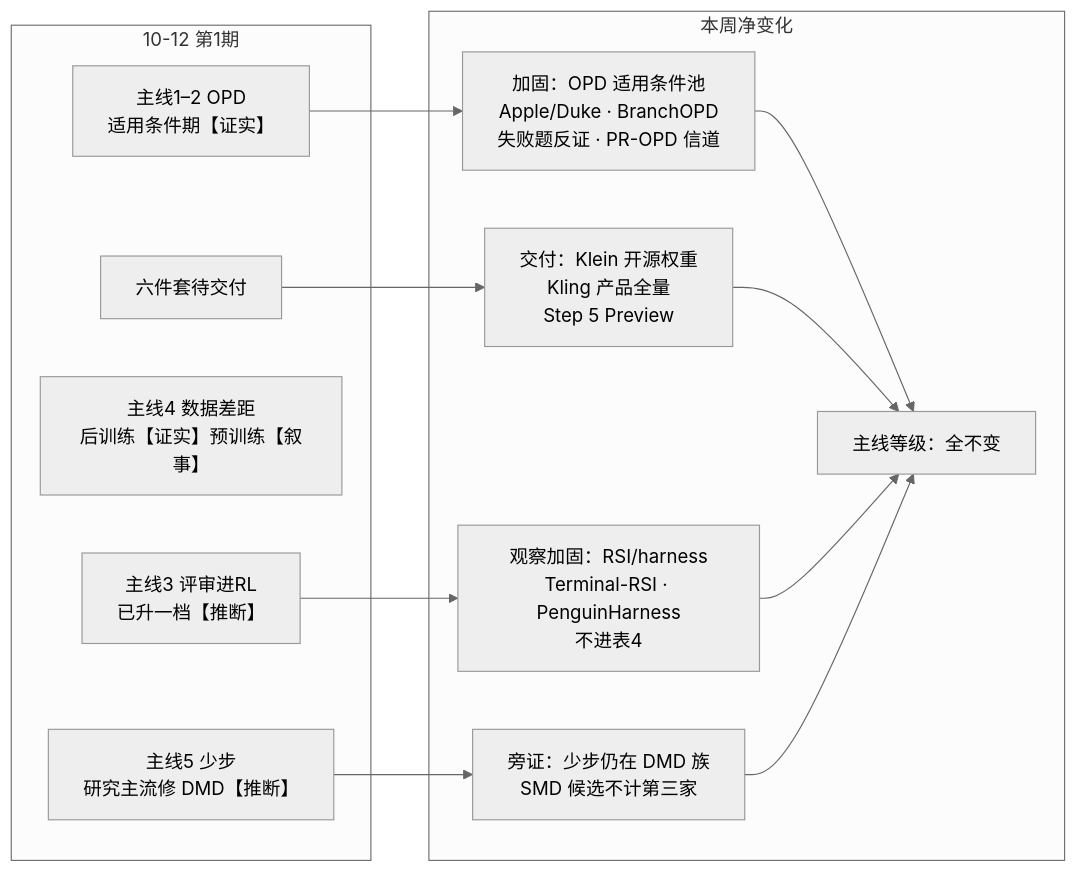
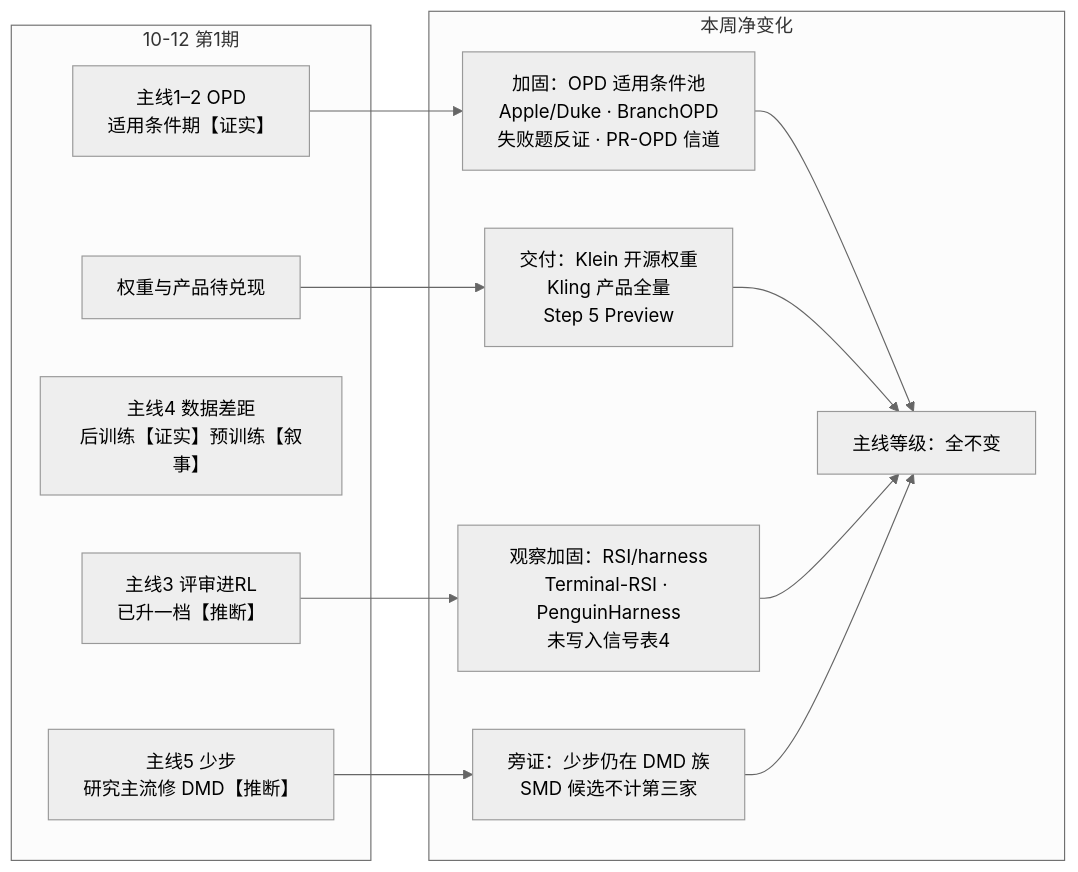
Before and after one commit to codyshen0000/ai-frontier-trends: the diagram in content/weekly/2026-10-18/report.md, drawn with Mermaid (neutral theme). The commit also changed other lines of this file and 2 other files, not shown here.

````diff
--- a/content/weekly/2026-10-18/report.md
+++ b/content/weekly/2026-10-18/report.md
@@ -11,25 +11,25 @@
 ```mermaid
 graph LR
   subgraph BASE["10-12 第1期"]
     L1["主线1–2 OPD<br/>适用条件期【证实】"]
     L3["主线3 评审进RL<br/>已升一档【推断】"]
     L4["主线4 数据差距<br/>后训练【证实】预训练【叙事】"]
     L5["主线5 少步<br/>研究主流修 DMD【推断】"]
-    W["六件套待交付"]
+    W["权重与产品待兑现"]
   end
   subgraph WEEK["本周净变化"]
     F12["加固：OPD 适用条件池<br/>Apple/Duke · BranchOPD<br/>失败题反证 · PR-OPD 信道"]
     D4["交付：Klein 开源权重<br/>Kling 产品全量<br/>Step 5 Preview"]
-    O4["观察加固：RSI/harness<br/>Terminal-RSI · PenguinHarness<br/>不进表4"]
+    O4["观察加固：RSI/harness<br/>Terminal-RSI · PenguinHarness<br/>未写入信号表4"]
     P5["旁证：少步仍在 DMD 族<br/>SMD 候选不计第三家"]
     U0["主线等级：全不变"]
   end
   L1 --> F12
   W --> D4
   L3 --> O4
   L5 --> P5
   F12 --> U0
   D4 --> U0
   O4 --> U0
   P5 --> U0
 ```
````
